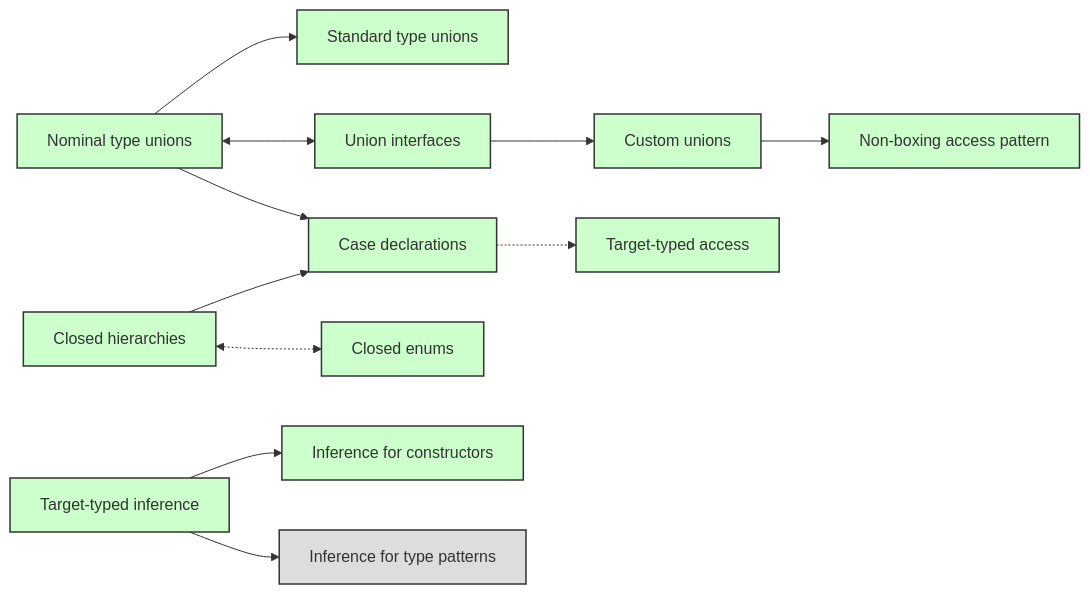
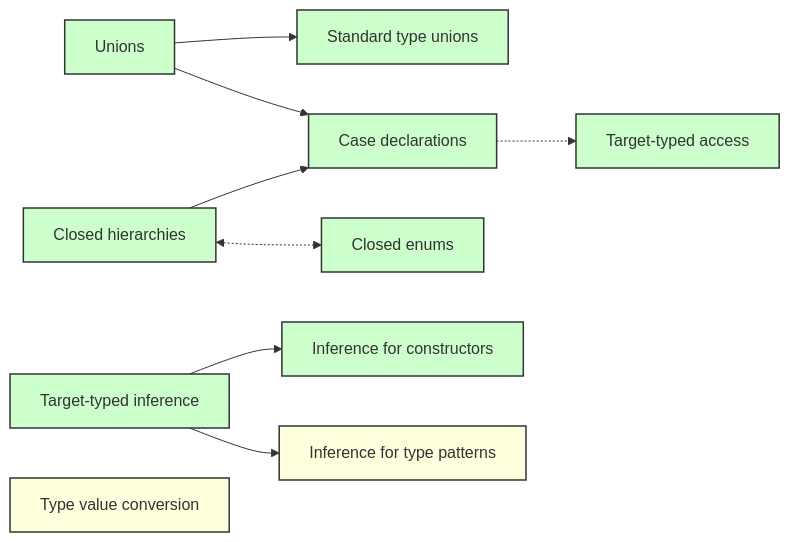
The diagram in meetings/working-groups/discriminated-unions/union-proposals-overview.md (dotnet/csharplang), drawn with Mermaid before and after one commit. The commit also changed other lines of this file and 5 other files, not shown here.

````diff
--- a/meetings/working-groups/discriminated-unions/union-proposals-overview.md
+++ b/meetings/working-groups/discriminated-unions/union-proposals-overview.md
@@ -17,30 +15,27 @@
 ``` mermaid
 flowchart LR
 
 %% Features
-Unions[Nominal type unions]:::approved
+Unions[Unions]:::approved
 Standard[Standard type unions]:::approved
-Interfaces[Union interfaces]:::approved
-Custom[Custom unions]:::approved
-NonBoxingAccess[Non-boxing access pattern]:::approved
 Enums[Closed enums]:::approved
 Hierarchies[Closed hierarchies]:::approved
 Cases[Case declarations]:::approved
 TargetAccess[Target-typed access]:::approved
 TargetInfer[Target-typed inference]:::approved
 InferNew[Inference for constructors]:::approved
-InferPattern[Inference for type patterns]:::unapproved
+InferPattern[Inference for type patterns]:::consideration
+TypeValue[Type value conversion]:::consideration
 
 %% Dependencies
 Unions --> Standard
-Unions <--> Interfaces --> Custom --> NonBoxingAccess
 Unions & Hierarchies --> Cases -.-> TargetAccess
 Hierarchies <-.-> Enums
 TargetInfer --> InferNew & InferPattern
 
 %% Colors
 classDef approved fill:#cfc,stroke:#333,stroke-width:1.5px;
 classDef consideration fill:#ffd,stroke:#333,stroke-width:1.5px;
 classDef unapproved fill:#ddd,stroke:#333,stroke-width:1.5px;
 classDef rejected fill:#fdd,stroke:#333,stroke-width:1.5px;
 ```
````
